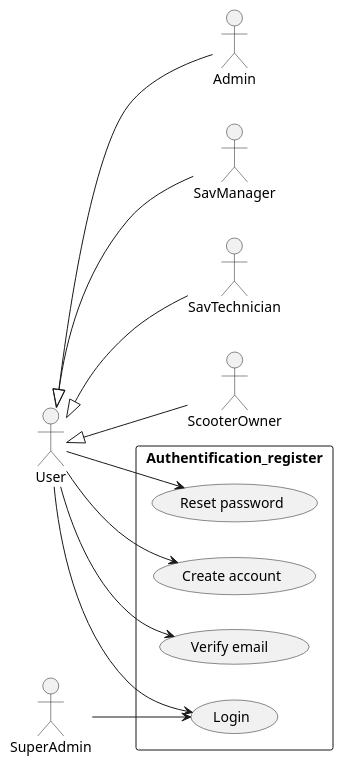
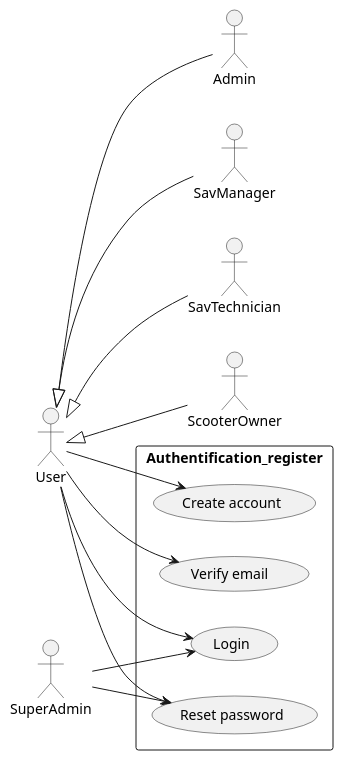
The diagram in rapport/use_case/auth&register_use_case.wsd (smurfsDev/pixii-project), drawn with PlantUML before and after one commit.

Commit message:
add reset password to super admin

```diff
--- a/rapport/use_case/auth&register_use_case.wsd
+++ b/rapport/use_case/auth&register_use_case.wsd
@@ -1,33 +1,33 @@
 @startuml auth_register_use_case
 left to right direction
 skinparam packageStyle rect
 skinparam shadowing false
 
 actor User as u 
 actor SuperAdmin as sa
 actor Admin as a
 actor SavManager as sm
 actor SavTechnician as st
 actor ScooterOwner as so
 
 
 u <|-- a
 u <|-- sm
 u <|-- st
 u <|-- so
 package Authentification_register  {
 ( Login ) as lgn
 ( Create account ) as ca
 ( Verify email  ) as ve
 ( Reset password ) as rp
 }
 
 left to right direction
-
+sa --> rp
 sa --> lgn
 u --> ca
 u --> lgn
 u --> ve
 u --> rp
 
 @enduml
```
